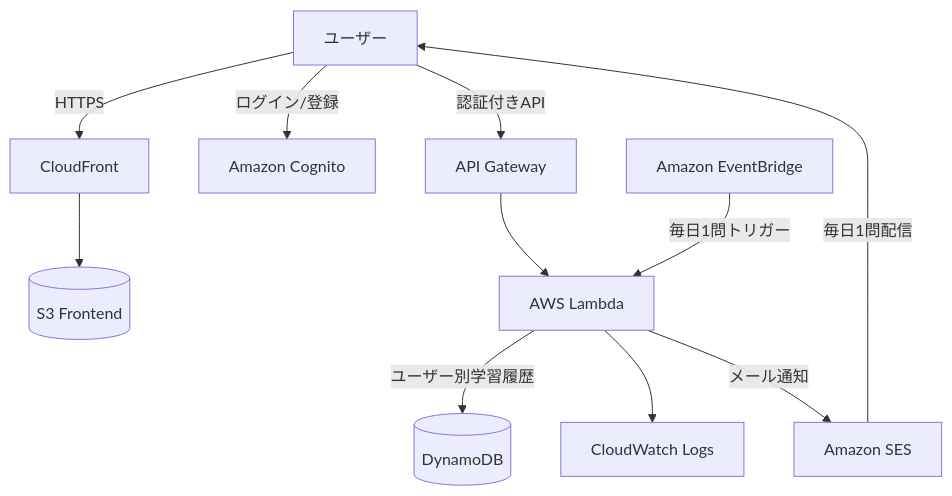
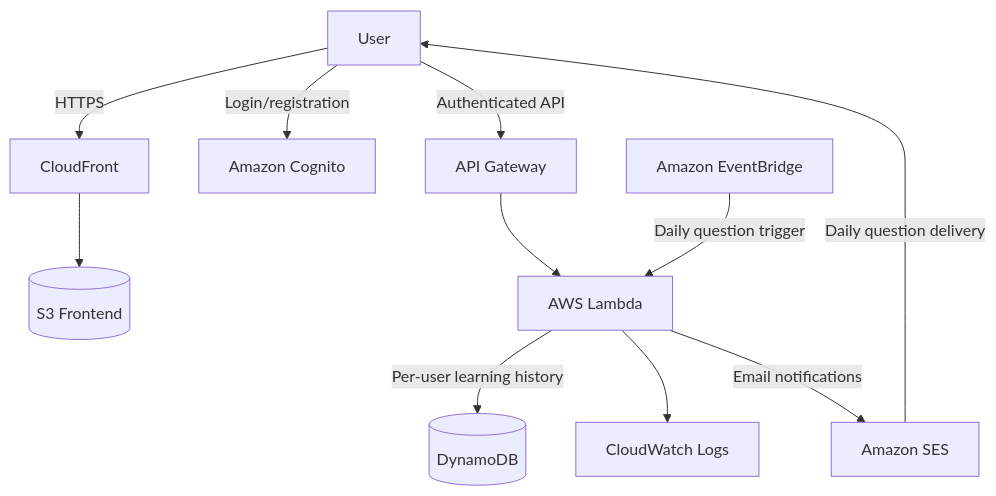
Before and after one commit to vincentmango-wen/aws-cert-roadmap-lab: the sixth of 11 diagrams in docs/designs/04_aws_architecture_design.md, drawn with Mermaid. The commit also changed other lines of this file and 117 other files, not shown here.

````diff
--- a/docs/designs/04_aws_architecture_design.md
+++ b/docs/designs/04_aws_architecture_design.md
@@ -382,24 +382,24 @@
 ```mermaid
 flowchart TD
-    User[ユーザー]
+    User[User]
     CF[CloudFront]
     S3[(S3 Frontend)]
     Cognito[Amazon Cognito]
     APIGW[API Gateway]
     Lambda[AWS Lambda]
     DDB[(DynamoDB)]
     EventBridge[Amazon EventBridge]
     SES[Amazon SES]
     CW[CloudWatch Logs]
 
     User -->|HTTPS| CF
     CF --> S3
-    User -->|ログイン/登録| Cognito
-    User -->|認証付きAPI| APIGW
+    User -->|Login/registration| Cognito
+    User -->|Authenticated API| APIGW
     APIGW --> Lambda
-    Lambda -->|ユーザー別学習履歴| DDB
+    Lambda -->|Per-user learning history| DDB
     Lambda --> CW
-    EventBridge -->|毎日1問トリガー| Lambda
-    Lambda -->|メール通知| SES
-    SES -->|毎日1問配信| User
+    EventBridge -->|Daily question trigger| Lambda
+    Lambda -->|Email notifications| SES
+    SES -->|Daily question delivery| User
 ```
````
